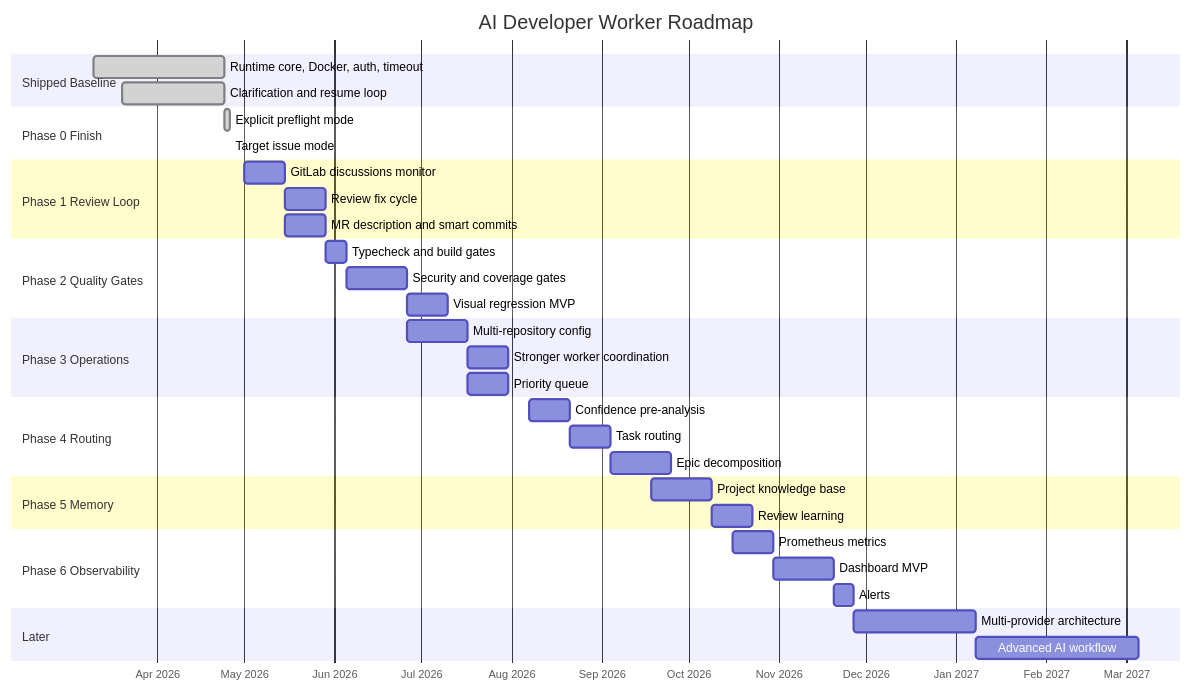
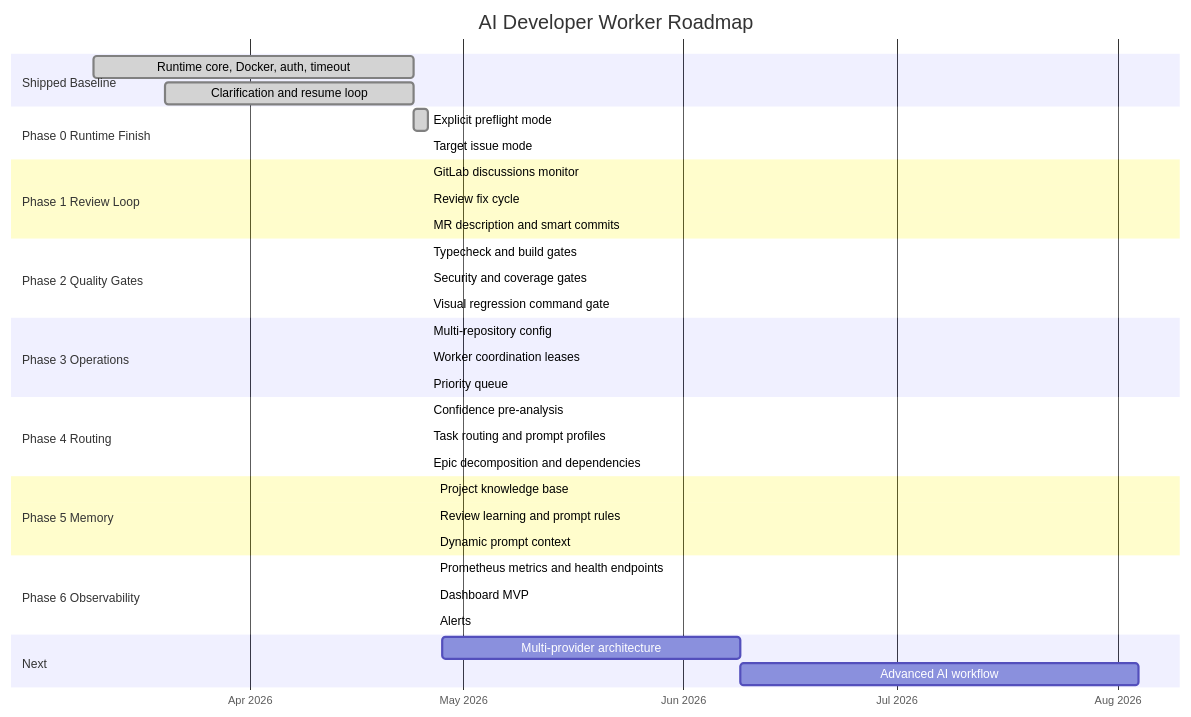
One commit to Absens/AI-Developer-Worker changed the diagram in product_roadmap.md. Above: the diagram before and after it, drawn with Mermaid. The commit also changed other lines of this file and 8 other files, not shown here.

Commit message:
Archive completed phase plans and refresh roadmap

````diff
--- a/product_roadmap.md
+++ b/product_roadmap.md
@@ -471,47 +478,48 @@
 ```mermaid
 gantt
     title AI Developer Worker Roadmap
     dateFormat YYYY-MM-DD
     axisFormat %b %Y
 
     section Shipped Baseline
     Runtime core, Docker, auth, timeout       :done, p0a, 2026-03-10, 2026-04-24
     Clarification and resume loop             :done, p0b, 2026-03-20, 2026-04-24
 
-section Phase 0 Finish
+    section Phase 0 Runtime Finish
     Explicit preflight mode                   :done, p0c, 2026-04-24, 2026-04-26
     Target issue mode                         :done, p0d, 2026-04-26, 2026-04-26
 
     section Phase 1 Review Loop
-    GitLab discussions monitor                :p1a, 2026-05-01, 2w
-    Review fix cycle                          :p1b, after p1a, 2w
-    MR description and smart commits          :p1c, after p1a, 2w
+    GitLab discussions monitor                :done, p1a, 2026-04-26, 2026-04-26
+    Review fix cycle                          :done, p1b, 2026-04-26, 2026-04-26
+    MR description and smart commits          :done, p1c, 2026-04-26, 2026-04-26
 
     section Phase 2 Quality Gates
-    Typecheck and build gates                 :p2a, 2026-05-29, 1w
-    Security and coverage gates               :p2b, after p2a, 3w
-    Visual regression MVP                     :p2c, after p2b, 2w
+    Typecheck and build gates                 :done, p2a, 2026-04-26, 2026-04-26
+    Security and coverage gates               :done, p2b, 2026-04-26, 2026-04-26
+    Visual regression command gate            :done, p2c, 2026-04-26, 2026-04-26
 
     section Phase 3 Operations
-    Multi-repository config                   :p3a, 2026-06-26, 3w
-    Stronger worker coordination              :p3b, after p3a, 2w
-    Priority queue                            :p3c, after p3a, 2w
+    Multi-repository config                   :done, p3a, 2026-04-26, 2026-04-26
+    Worker coordination leases                :done, p3b, 2026-04-26, 2026-04-26
+    Priority queue                            :done, p3c, 2026-04-26, 2026-04-26
 
     section Phase 4 Routing
-    Confidence pre-analysis                   :p4a, 2026-08-07, 2w
-    Task routing                              :p4b, after p4a, 2w
-    Epic decomposition                        :p4c, after p4b, 3w
+    Confidence pre-analysis                   :done, p4a, 2026-04-26, 2026-04-26
+    Task routing and prompt profiles          :done, p4b, 2026-04-26, 2026-04-26
+    Epic decomposition and dependencies       :done, p4c, 2026-04-26, 2026-04-26
 
     section Phase 5 Memory
-    Project knowledge base                    :p5a, 2026-09-18, 3w
-    Review learning                           :p5b, after p5a, 2w
+    Project knowledge base                    :done, p5a, 2026-04-27, 2026-04-27
+    Review learning and prompt rules          :done, p5b, 2026-04-27, 2026-04-27
+    Dynamic prompt context                    :done, p5c, 2026-04-27, 2026-04-27
 
     section Phase 6 Observability
-    Prometheus metrics                        :p6a, 2026-10-16, 2w
-    Dashboard MVP                             :p6b, after p6a, 3w
-    Alerts                                    :p6c, after p6b, 1w
+    Prometheus metrics and health endpoints   :done, p6a, 2026-04-27, 2026-04-27
+    Dashboard MVP                             :done, p6b, 2026-04-27, 2026-04-27
+    Alerts                                    :done, p6c, 2026-04-27, 2026-04-27
 
-    section Later
-    Multi-provider architecture               :p7a, 2026-11-27, 6w
-    Advanced AI workflow                      :p8a, 2027-01-08, 8w
+    section Next
+    Multi-provider architecture               :p7a, 2026-04-28, 6w
+    Advanced AI workflow                      :p8a, after p7a, 8w
 ```
````
